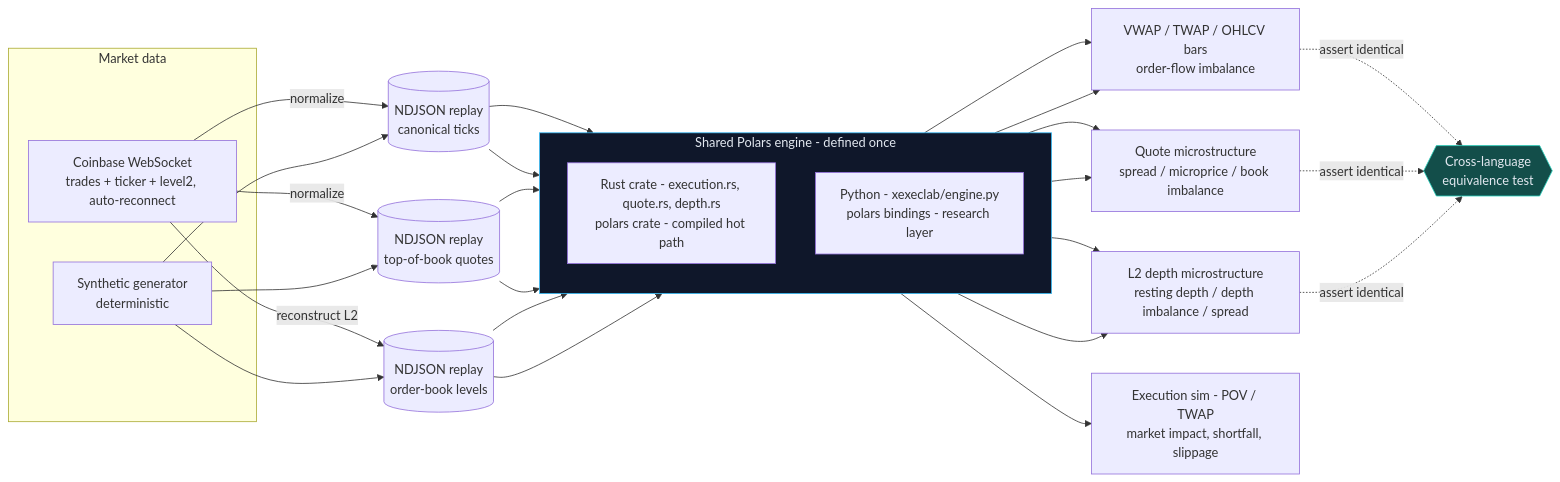
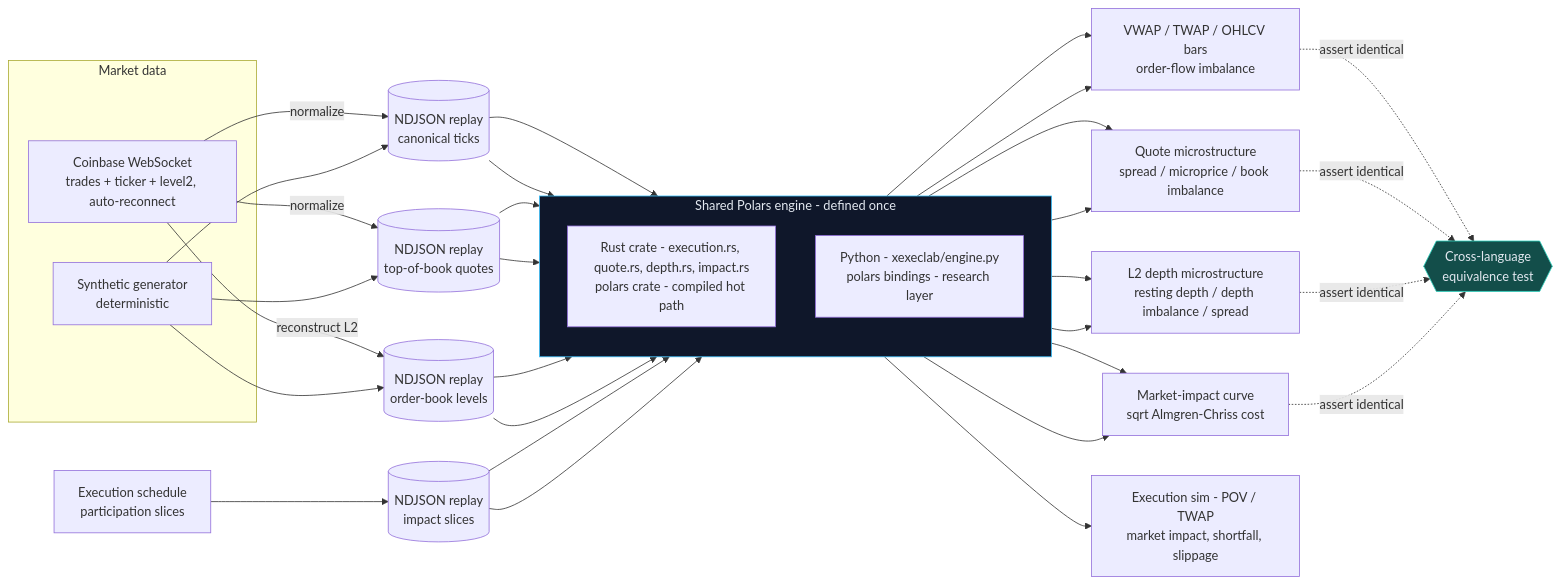
The diagram in README.md (ghoshp83/polars-execution-lab), drawn with Mermaid before and after one commit. The commit also changed other lines of this file and 5 other files, not shown here.

First line of the commit message:
docs: release v0.5.0 (calibrated square-root market impact)

````diff
--- a/README.md
+++ b/README.md
@@ -26,41 +27,47 @@
 ```mermaid
 flowchart LR
     subgraph ingest[Market data]
         CB[Coinbase WebSocket<br/>trades + ticker + level2, auto-reconnect]
         SYN[Synthetic generator<br/>deterministic]
     end
     CB -->|normalize| RP[(NDJSON replay<br/>canonical ticks)]
     CB -->|normalize| QRP[(NDJSON replay<br/>top-of-book quotes)]
     CB -->|reconstruct L2| BRP[(NDJSON replay<br/>order-book levels)]
+    SCHED[Execution schedule<br/>participation slices] --> IRP[(NDJSON replay<br/>impact slices)]
     SYN --> RP
     SYN --> QRP
     SYN --> BRP
 
     subgraph engine[Shared Polars engine - defined once]
         direction TB
-        RUST["Rust crate - execution.rs, quote.rs, depth.rs<br/>polars crate - compiled hot path"]
+        RUST["Rust crate - execution.rs, quote.rs, depth.rs, impact.rs<br/>polars crate - compiled hot path"]
         PY["Python - xexeclab/engine.py<br/>polars bindings - research layer"]
     end
 
     RP --> RUST
     RP --> PY
     QRP --> RUST
     QRP --> PY
     BRP --> RUST
     BRP --> PY
+    IRP --> RUST
+    IRP --> PY
 
     RUST --> BENCH[VWAP / TWAP / OHLCV bars<br/>order-flow imbalance]
     PY --> BENCH
     RUST --> BOOK[Quote microstructure<br/>spread / microprice / book imbalance]
     PY --> BOOK
     RUST --> DEPTH[L2 depth microstructure<br/>resting depth / depth imbalance / spread]
     PY --> DEPTH
+    RUST --> IMPACT[Market-impact curve<br/>sqrt Almgren-Chriss cost]
+    PY --> IMPACT
     PY --> FILLS["Execution sim - POV / TWAP<br/>market impact, shortfall, slippage"]
 
     BENCH -.->|assert identical| EQ{{Cross-language<br/>equivalence test}}
     BOOK -.->|assert identical| EQ
     DEPTH -.->|assert identical| EQ
+    IMPACT -.->|assert identical| EQ
 
     style engine fill:#0f172a,stroke:#38bdf8,color:#e2e8f0
     style EQ fill:#134e4a,stroke:#2dd4bf,color:#e2e8f0
 ```
````
